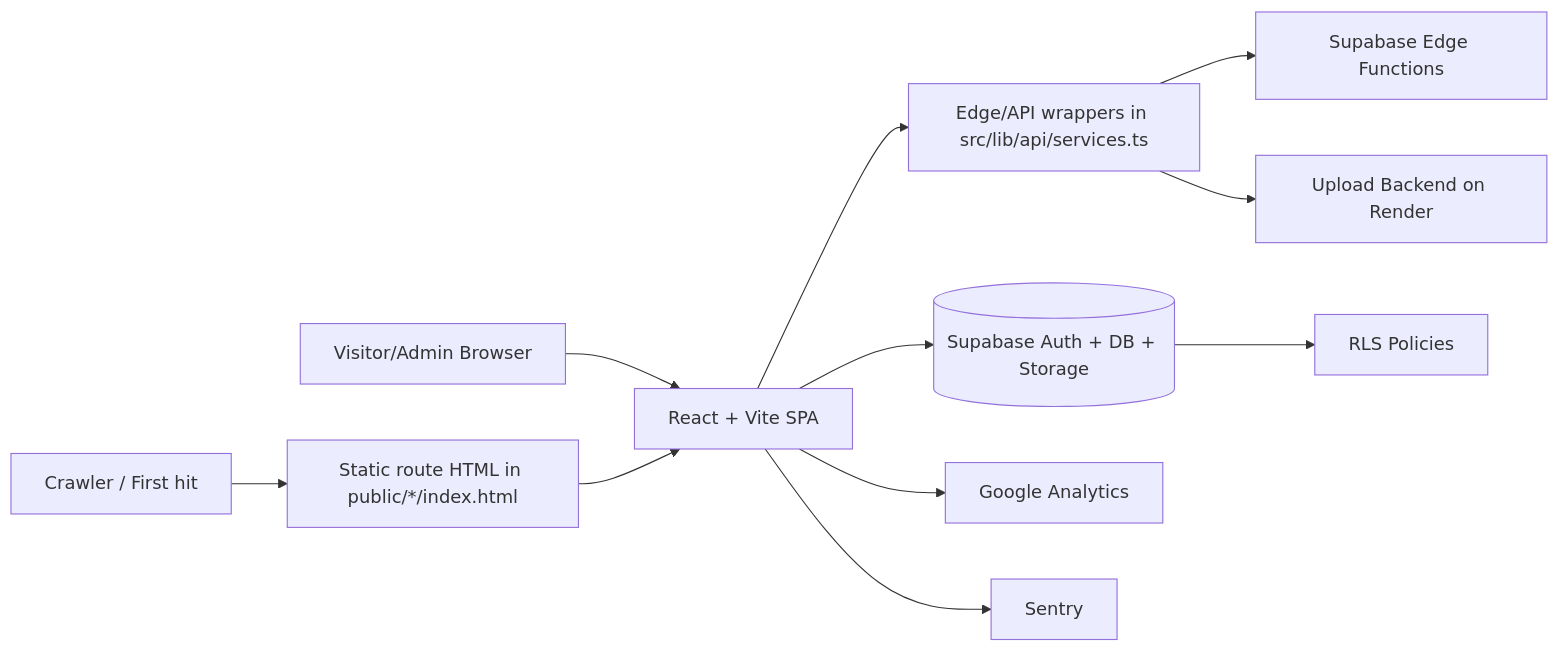
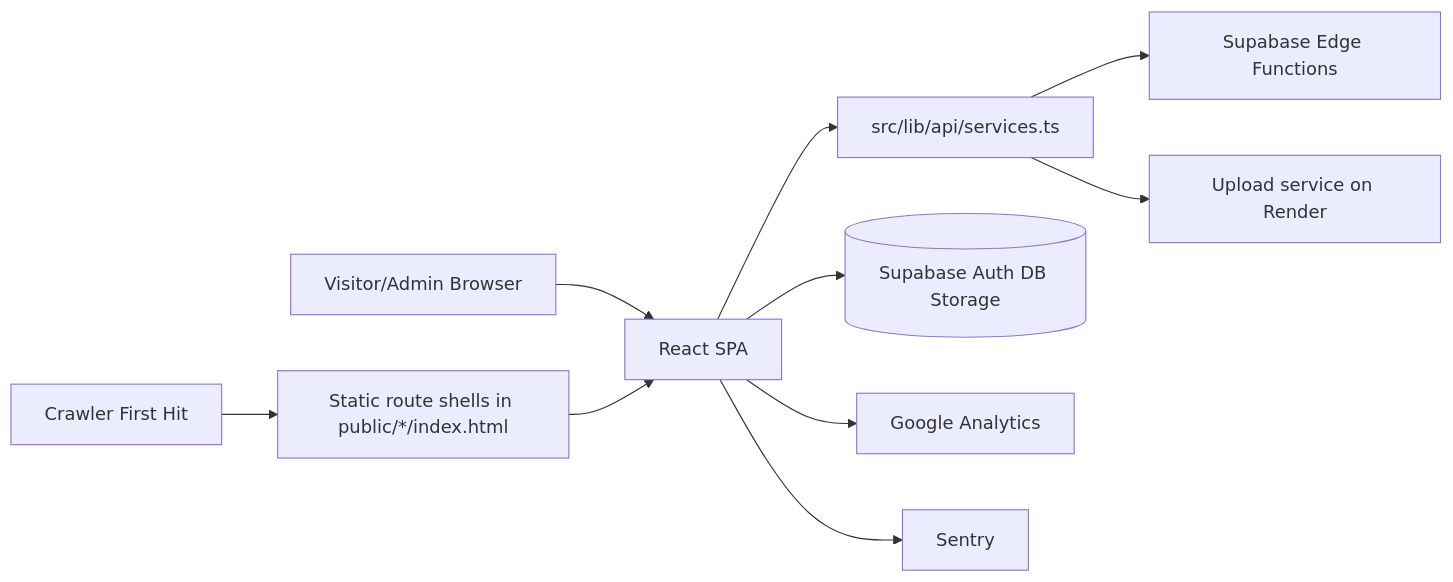
One commit to validayo/shootforarts-frontend changed the diagram in README.md. Above: the diagram before and after it, drawn with Mermaid. The commit also changed other lines of this file and 3 other files, not shown here.

````diff
--- a/README.md
+++ b/README.md
@@ -41,13 +29,12 @@
 ```mermaid
 flowchart LR
-  U[Visitor/Admin Browser] --> SPA[React + Vite SPA]
-  C[Crawler / First hit] --> SEO[Static route HTML in public/*/index.html]
+  U[Visitor/Admin Browser] --> SPA[React SPA]
+  C[Crawler First Hit] --> SEO[Static route shells in public/*/index.html]
   SEO --> SPA
-  SPA --> API[Edge/API wrappers in src/lib/api/services.ts]
+  SPA --> API[src/lib/api/services.ts]
   API --> EF[Supabase Edge Functions]
-  API --> UP[Upload Backend on Render]
-  SPA --> SB[(Supabase Auth + DB + Storage)]
+  API --> UP[Upload service on Render]
+  SPA --> SB[(Supabase Auth DB Storage)]
   SPA --> GA[Google Analytics]
   SPA --> SEN[Sentry]
-  SB --> RLS[RLS Policies]
 ```
````
